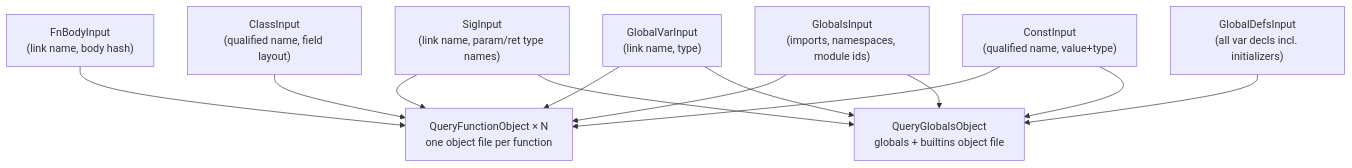
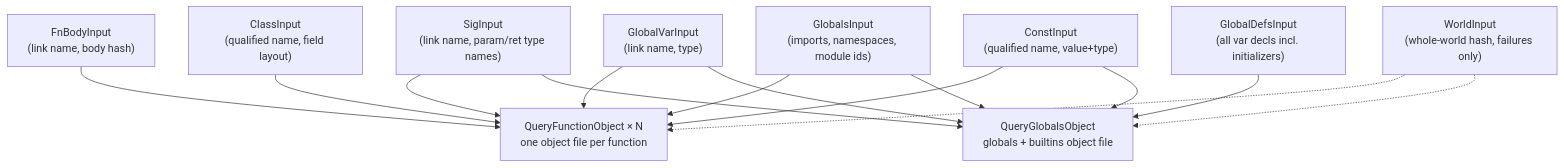
Before and after one commit to ducktype-org/duckling: the diagram in dev/src/playground/psac_stuff/query_compiler/docs/architecture.md, drawn with Mermaid. The commit also changed other lines of this file and 10 other files, not shown here.

````diff
--- a/dev/src/playground/psac_stuff/query_compiler/docs/architecture.md
+++ b/dev/src/playground/psac_stuff/query_compiler/docs/architecture.md
@@ -64,16 +64,18 @@
 ```mermaid
 graph TD
     FnBody["FnBodyInput<br/>(link name, body hash)"] --> FnObj
     Sig["SigInput<br/>(link name, param/ret type names)"] --> FnObj
     Const["ConstInput<br/>(qualified name, value+type)"] --> FnObj
     Class["ClassInput<br/>(qualified name, field layout)"] --> FnObj
     GVar["GlobalVarInput<br/>(link name, type)"] --> FnObj
     Coarse["GlobalsInput<br/>(imports, namespaces, module ids)"] --> FnObj
     Coarse --> GlobObj
     GVar --> GlobObj
     GDefs["GlobalDefsInput<br/>(all var decls incl. initializers)"] --> GlobObj
     Sig --> GlobObj
     Const --> GlobObj
+    World["WorldInput<br/>(whole-world hash, failures only)"] -.-> FnObj
+    World -.-> GlobObj
     FnObj["QueryFunctionObject × N<br/>one object file per function"]
     GlobObj["QueryGlobalsObject<br/>globals + builtins object file"]
 ```
````
